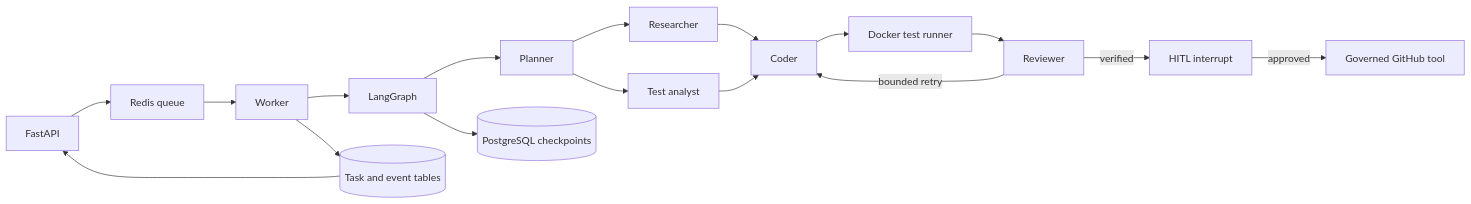
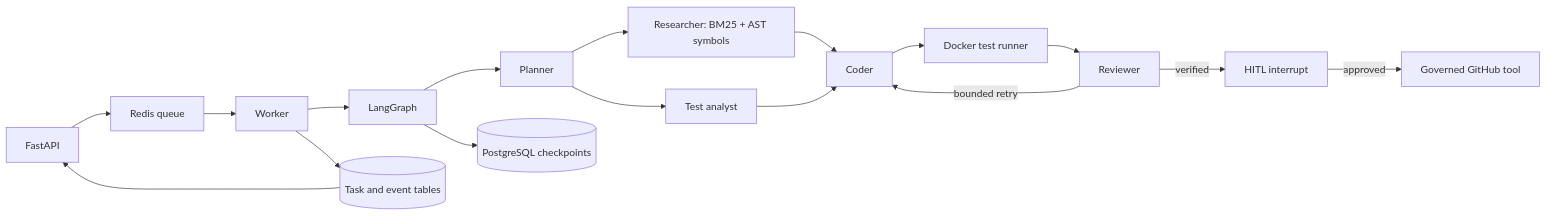
One commit to xsw932187210-cell/RepoPilot changed the diagram in docs/architecture.md. Above: the diagram before and after it, drawn with Mermaid. The commit also changed other lines of this file and 19 other files, not shown here.

````diff
--- a/docs/architecture.md
+++ b/docs/architecture.md
@@ -5,19 +5,19 @@
 ```mermaid
 flowchart LR
   API[FastAPI] --> Q[Redis queue]
   Q --> W[Worker]
   W --> G[LangGraph]
   G --> P[Planner]
-  P --> R[Researcher]
+  P --> R[Researcher: BM25 + AST symbols]
   P --> T[Test analyst]
   R --> C[Coder]
   T --> C
   C --> S[Docker test runner]
   S --> V[Reviewer]
   V -->|bounded retry| C
   V -->|verified| H[HITL interrupt]
   H -->|approved| GH[Governed GitHub tool]
   G --> CP[(PostgreSQL checkpoints)]
   W --> E[(Task and event tables)]
   E --> API
 ```
````
